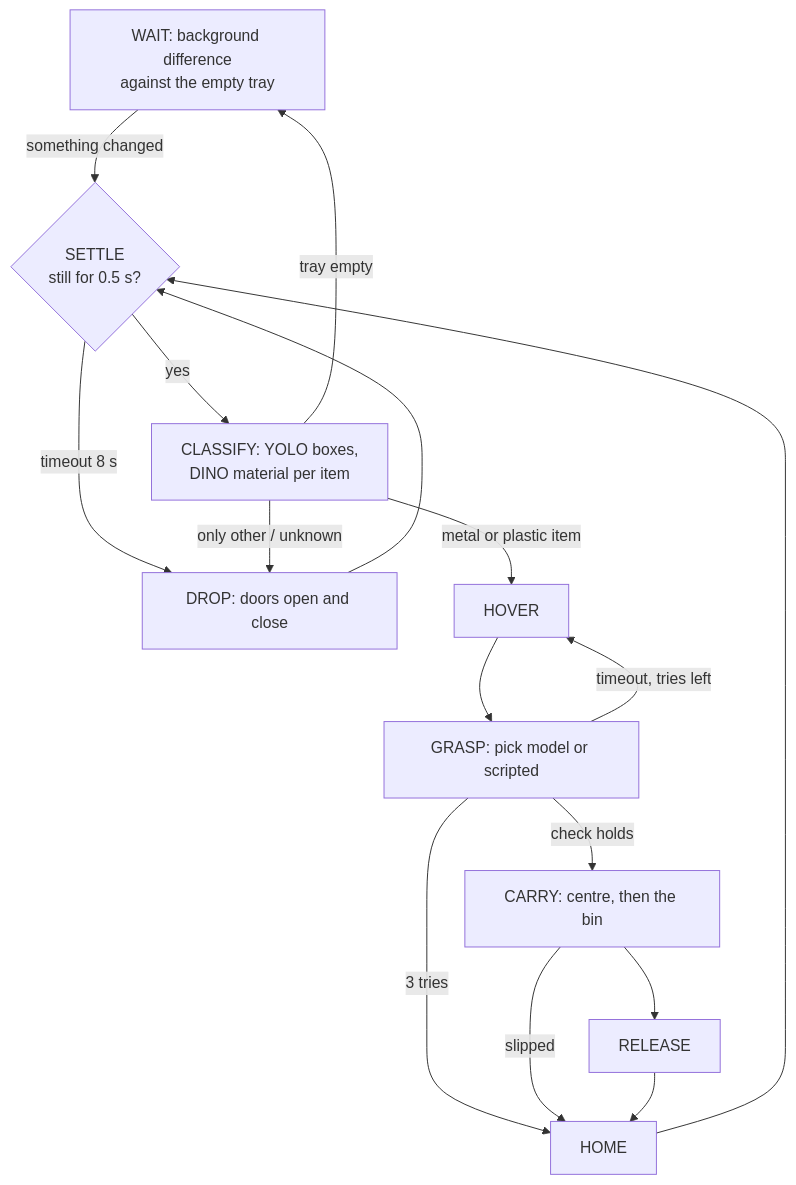
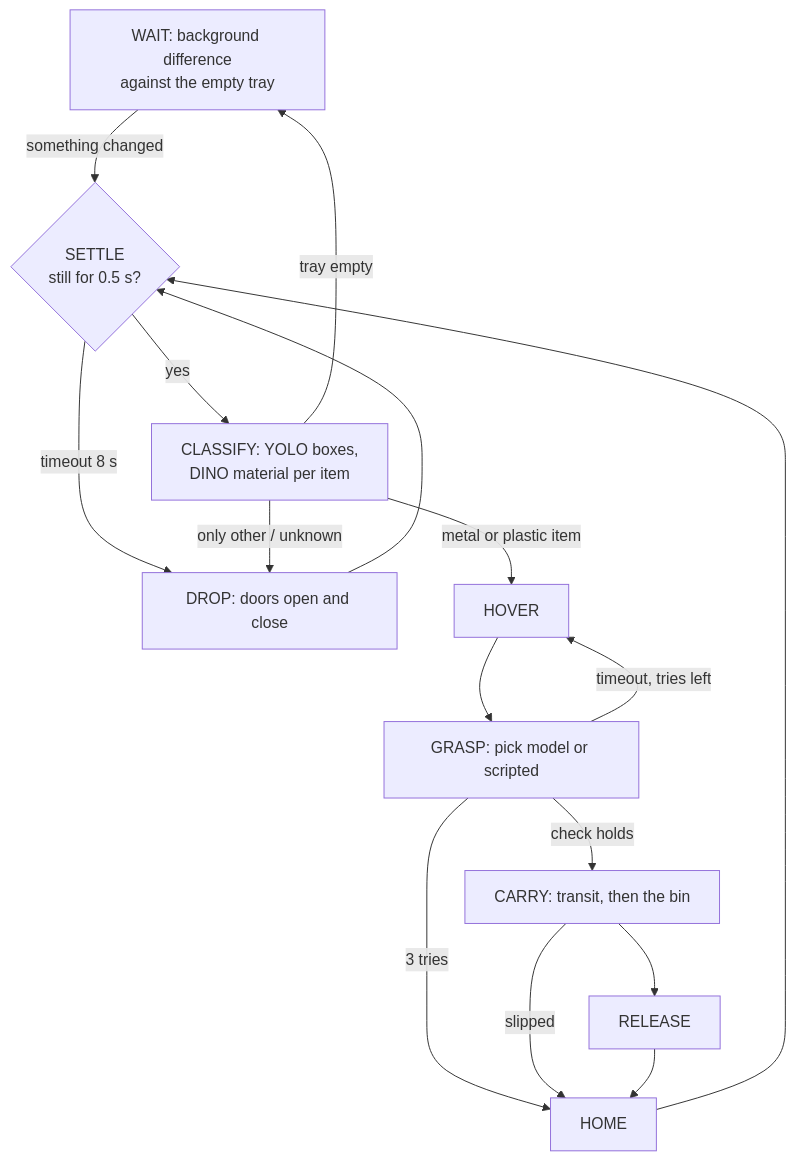
Before and after one commit to dark-neonus/Cleany_AI_Trash_Sorting_Robot: the diagram in docs/box-pipeline.md, drawn with Mermaid. The commit also changed other lines of this file and 5 other files, not shown here.

````diff
--- a/docs/box-pipeline.md
+++ b/docs/box-pipeline.md
@@ -12,16 +12,16 @@
 ```mermaid
 flowchart TD
     W[WAIT: background difference<br/>against the empty tray] -->|something changed| S{SETTLE<br/>still for 0.5 s?}
     S -->|timeout 8 s| D
     S -->|yes| C[CLASSIFY: YOLO boxes,<br/>DINO material per item]
     C -->|metal or plastic item| H[HOVER]
     C -->|only other / unknown| D[DROP: doors open and close]
     C -->|tray empty| W
     H --> G[GRASP: pick model or scripted]
-    G -->|check holds| M[CARRY: centre, then the bin]
+    G -->|check holds| M[CARRY: transit, then the bin]
     G -->|timeout, tries left| H
     G -->|3 tries| B
     M -->|slipped| B
     M --> R[RELEASE] --> B[HOME] --> S
     D --> S
 ```
````
